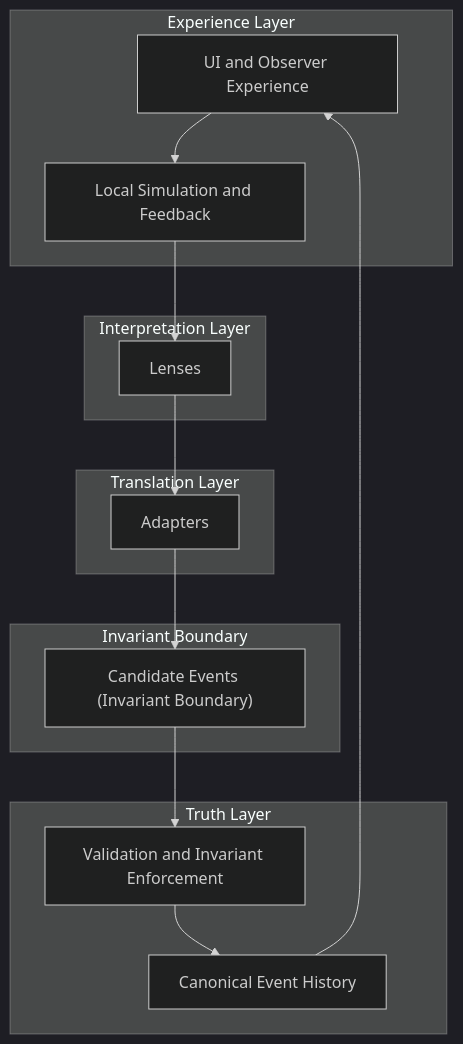
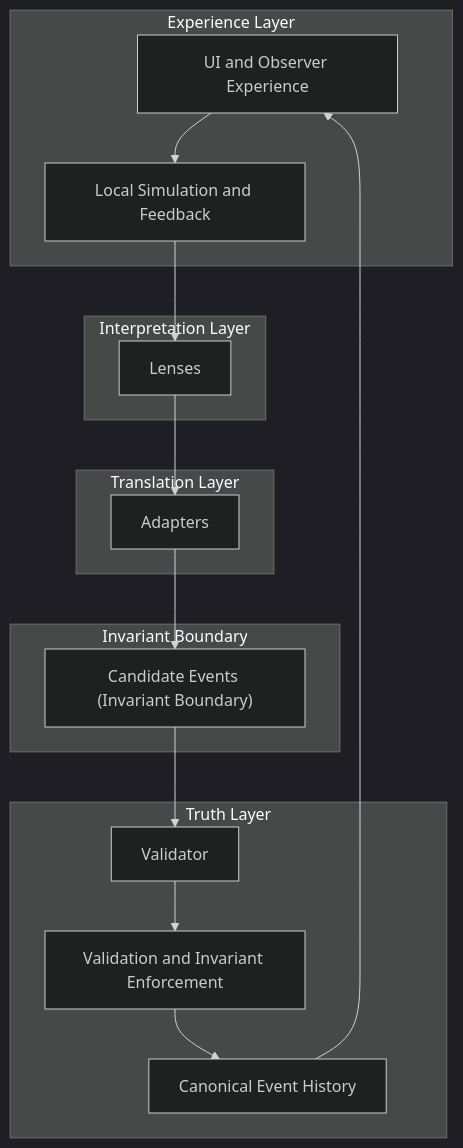
The diagram in diagrams/CrypSA_System_Stack_Diagram.md (godofthunder101/crypsa-architecture), drawn with Mermaid (dark theme) before and after one commit. The commit also changed other lines of this file, not shown here.

`````diff
--- a/diagrams/CrypSA_System_Stack_Diagram.md
+++ b/diagrams/CrypSA_System_Stack_Diagram.md
@@ -20,33 +20,35 @@
 ```mermaid
 flowchart TB
 
 subgraph "Experience Layer"
     A[UI and Observer Experience]
     B[Local Simulation and Feedback]
 end
 
 subgraph "Interpretation Layer"
     C[Lenses]
 end
 
 subgraph "Translation Layer"
     D[Adapters]
 end
 
 subgraph "Invariant Boundary"
     E["Candidate Events (Invariant Boundary)"]
 end
 
 subgraph "Truth Layer"
+    V[Validator]
     F[Validation and Invariant Enforcement]
     G[Canonical Event History]
 end
 
 A --> B
 B --> C
 C --> D
 D --> E
-E --> F
+E --> V
+V --> F
 F --> G
 G --> A
-````
+```
`````
